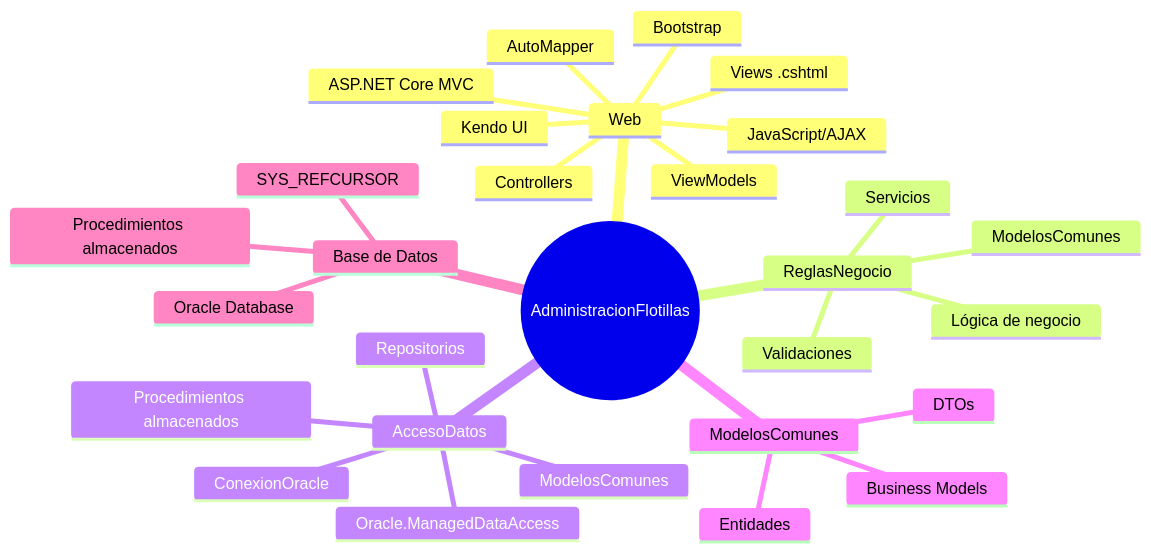
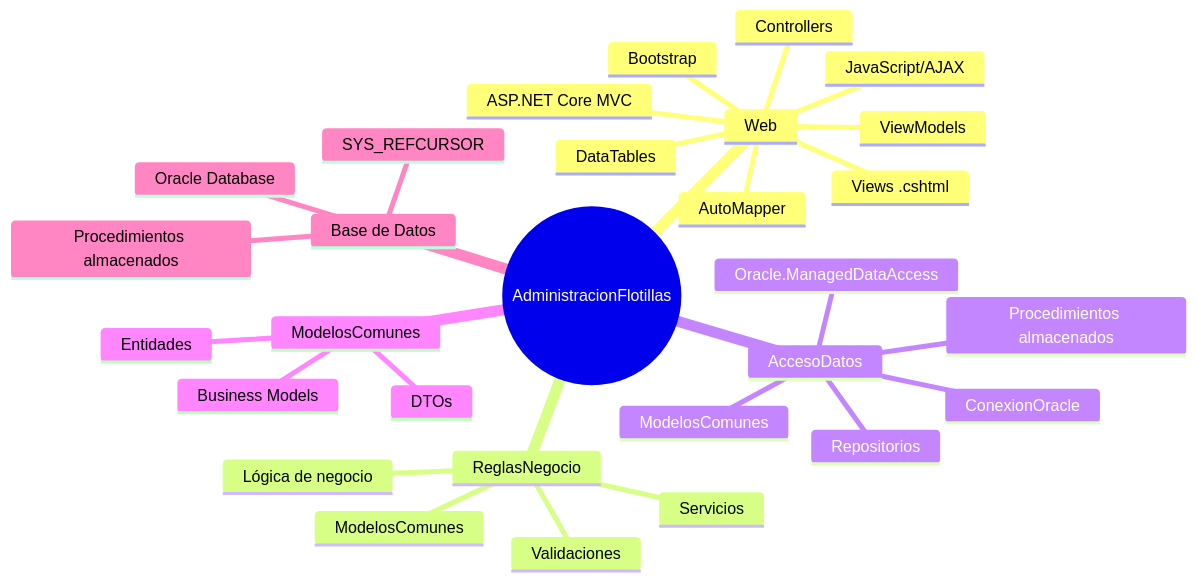
The eighth of 8 diagrams in docs/ARQUITECTURA.md (alejandro3469/AdministracionFlotillas), drawn with Mermaid before and after one commit. The commit also changed other lines of this file and 2 other files, not shown here.

````diff
--- a/docs/ARQUITECTURA.md
+++ b/docs/ARQUITECTURA.md
@@ -217,32 +217,32 @@
 ```mermaid
 mindmap
   root((AdministracionFlotillas))
     Web
       ASP.NET Core MVC
       Controllers
       Views .cshtml
-      Kendo UI
+      DataTables
       Bootstrap
       JavaScript/AJAX
       ViewModels
       AutoMapper
     ReglasNegocio
       Servicios
       Lógica de negocio
       Validaciones
       ModelosComunes
     AccesoDatos
       Repositorios
       ConexionOracle
       Procedimientos almacenados
       Oracle.ManagedDataAccess
       ModelosComunes
     ModelosComunes
       Business Models
       DTOs
       Entidades
     Base de Datos
       Oracle Database
       Procedimientos almacenados
       SYS_REFCURSOR
 ```
````
